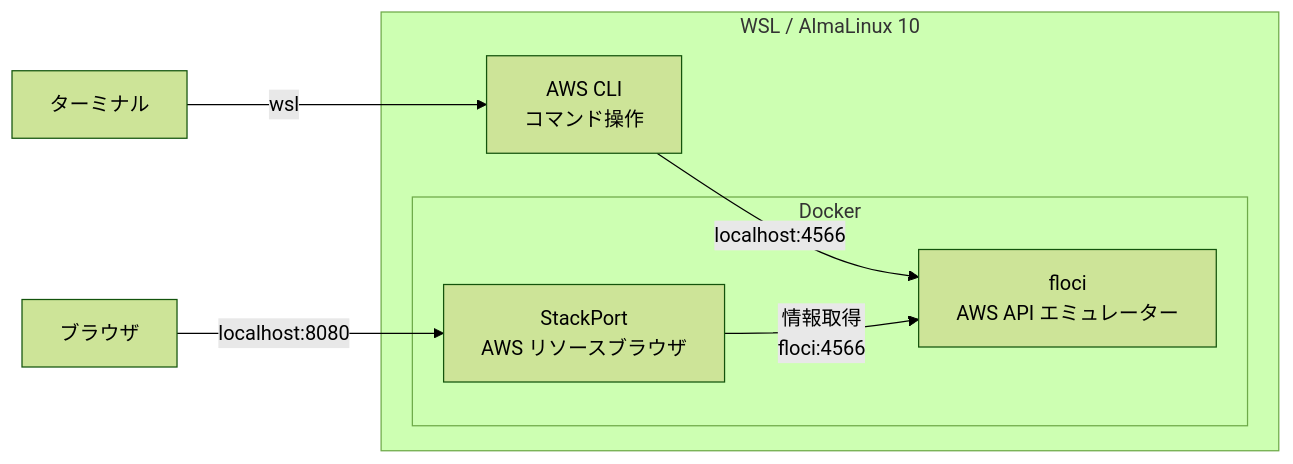
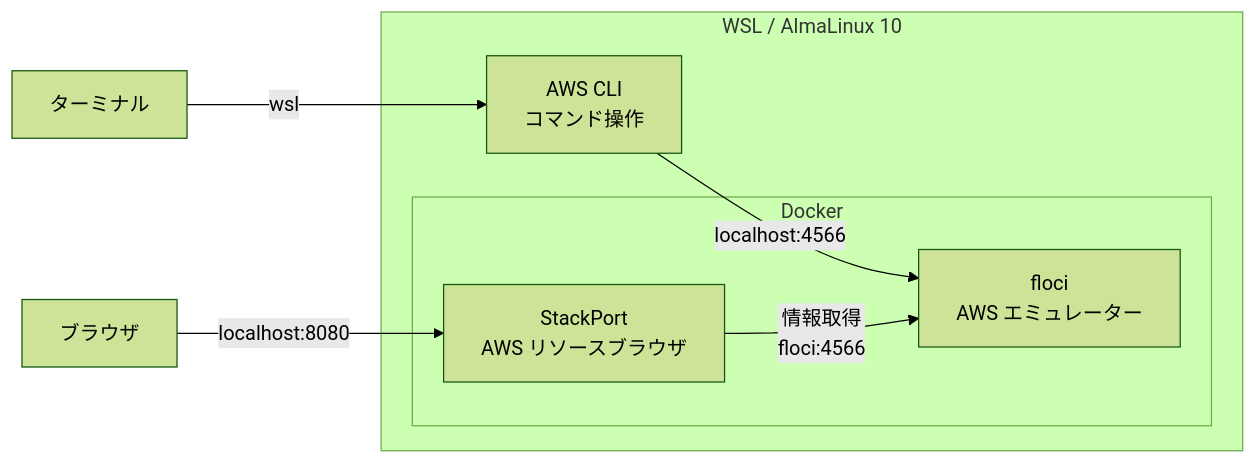
The diagram in README.md (Tobotobo/wsl_aws_cli_study1), drawn with Mermaid (forest theme) before and after one commit. The commit also changed other lines of this file and 6 other files, not shown here.

````diff
--- a/README.md
+++ b/README.md
@@ -10,15 +10,15 @@
 ```mermaid
 flowchart LR
     Terminal["ターミナル"] -->|wsl| CLI
-    CLI["AWS CLI<br/>コマンド操作"] -->|localhost:4566| Emulator["floci<br/>AWS API エミュレーター"]
+    CLI["AWS CLI<br/>コマンド操作"] -->|localhost:4566| Emulator["floci<br/>AWS エミュレーター"]
     GUI["StackPort<br/>AWS リソースブラウザ"] -->|情報取得</br>floci:4566| Emulator
     Browser["ブラウザ"] -->|localhost:8080| GUI
 
     subgraph WSL["WSL / AlmaLinux 10"]
         CLI
         subgraph Docker["Docker"]
             Emulator
             GUI
         end
     end
 ```
````
